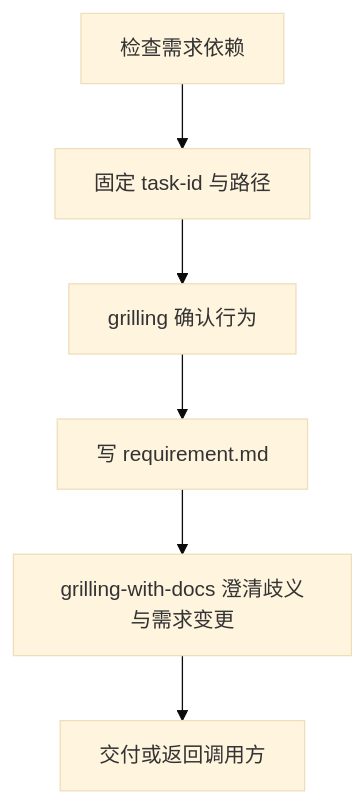
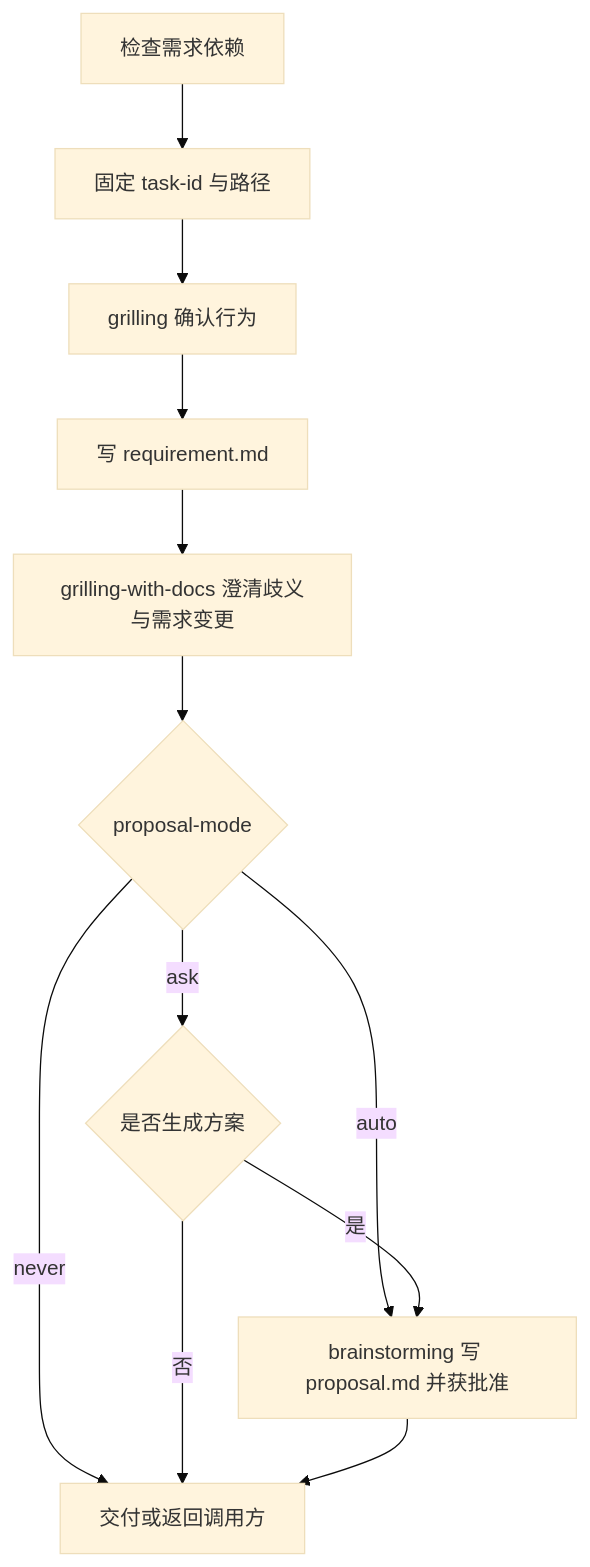
Before and after one commit to j-show/ai-everything: the diagram in skills/grilling-requirement/README.md, drawn with Mermaid (base theme). The commit also changed other lines of this file and 18 other files, not shown here.

````diff
--- a/skills/grilling-requirement/README.md
+++ b/skills/grilling-requirement/README.md
@@ -21,8 +24,14 @@
 ```mermaid
 flowchart TD
     A[检查需求依赖] --> B[固定 task-id 与路径]
     B --> C[grilling 确认行为]
     C --> D[写 requirement.md]
     D --> E[grilling-with-docs 澄清歧义与需求变更]
-    E --> F[交付或返回调用方]
+    E --> M{proposal-mode}
+    M -->|ask| Q{是否生成方案}
+    M -->|auto| P[brainstorming 写 proposal.md 并获批准]
+    M -->|never| F[交付或返回调用方]
+    Q -->|是| P
+    Q -->|否| F
+    P --> F
 ```
````
